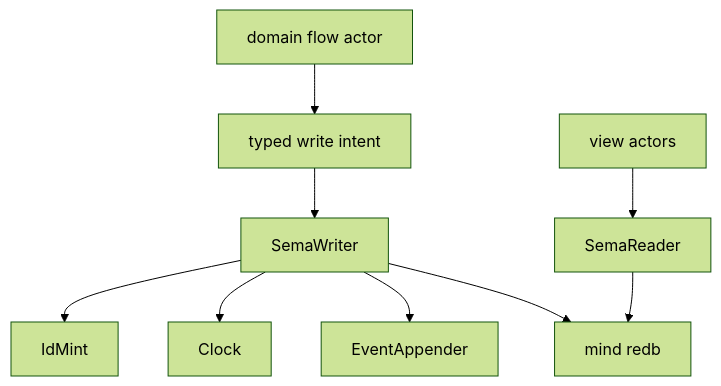
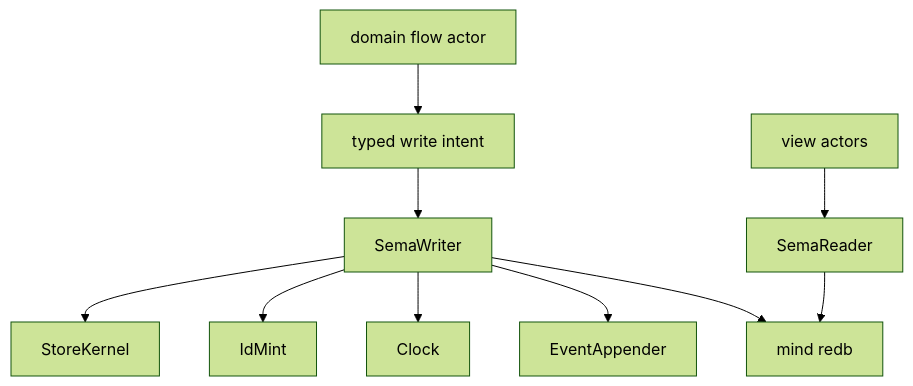
Before and after one commit to LiGoldragon/persona-orchestrate: the fifth of 7 diagrams in ARCHITECTURE.md, drawn with Mermaid (forest theme). The commit also changed other lines of this file and 15 other files, not shown here.

Commit message:
mind: split store into kernel-owned actors

````diff
--- a/ARCHITECTURE.md
+++ b/ARCHITECTURE.md
@@ -197,11 +209,12 @@
 ```mermaid
 graph TB
     flow[domain flow actor] --> intent[typed write intent]
     intent --> writer[SemaWriter]
+    writer --> kernel[StoreKernel]
     writer --> ids[IdMint]
     writer --> clock[Clock]
     writer --> events[EventAppender]
     writer --> db[mind redb]
     reader[SemaReader] --> db
     views[view actors] --> reader
 ```
````
